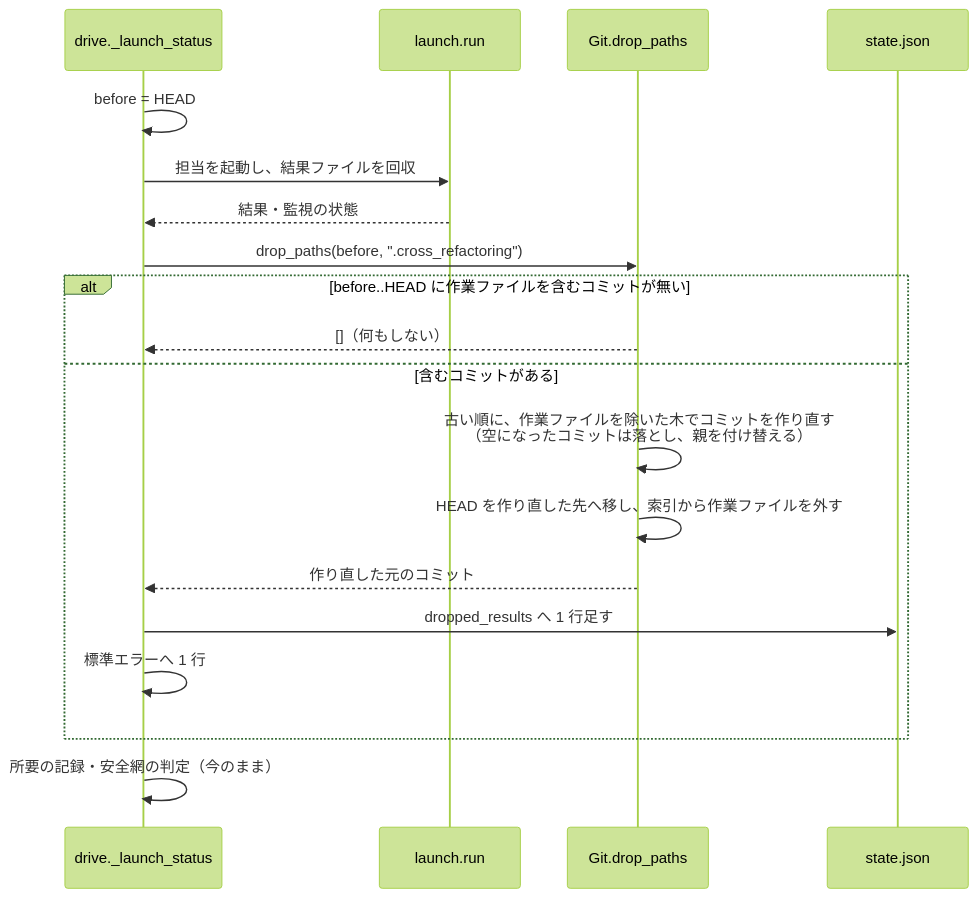
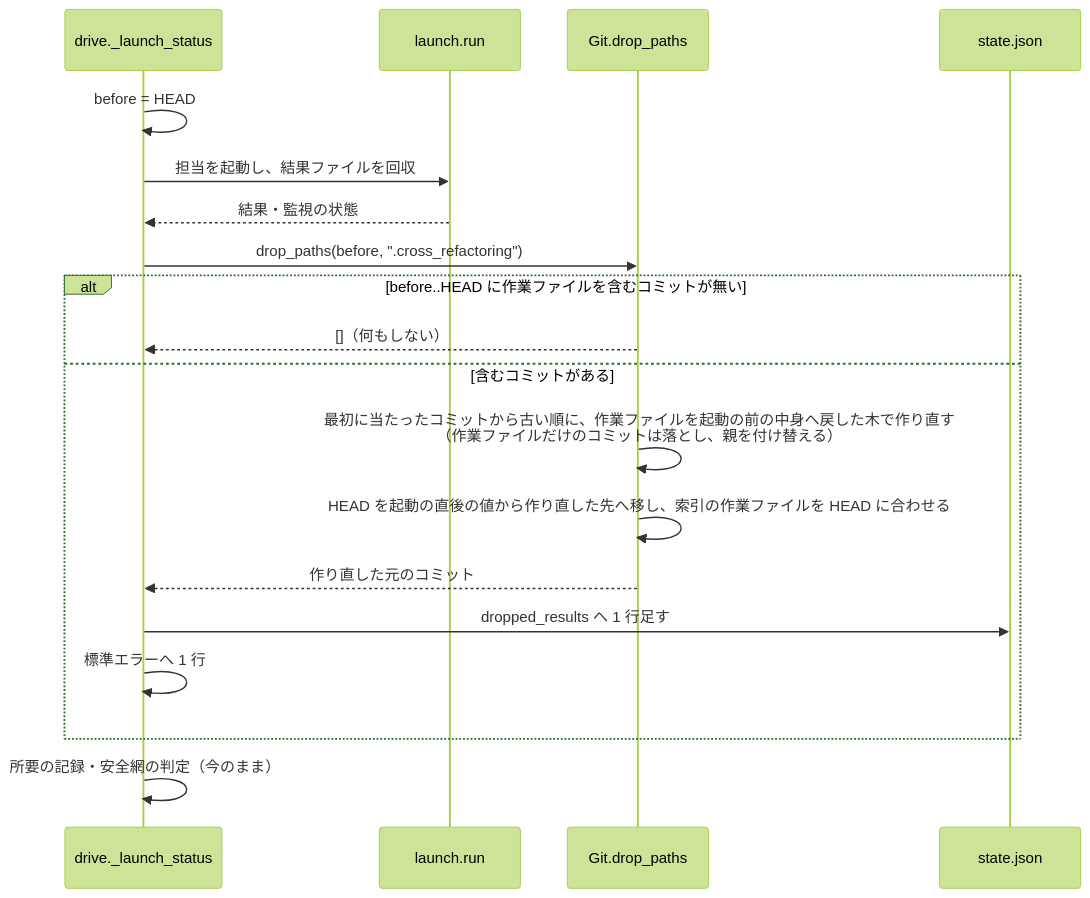
One commit to devbasex/ai-plugins changed the fourth of 4 diagrams in issues/issue-3500-design.md. Above: the diagram before and after it, drawn with Mermaid (forest theme). The commit also changed other lines of this file and 1 other file, not shown here.

````diff
--- a/issues/issue-3500-design.md
+++ b/issues/issue-3500-design.md
@@ -74,21 +82,21 @@
 ```mermaid
 sequenceDiagram
   participant D as drive._launch_status
   participant L as launch.run
   participant G as Git.drop_paths
   participant S as state.json
   D->>D: before = HEAD
   D->>L: 担当を起動し、結果ファイルを回収
   L-->>D: 結果・監視の状態
   D->>G: drop_paths(before, ".cross_refactoring")
   alt before..HEAD に作業ファイルを含むコミットが無い
     G-->>D: []（何もしない）
   else 含むコミットがある
-    G->>G: 古い順に、作業ファイルを除いた木でコミットを作り直す<br/>（空になったコミットは落とし、親を付け替える）
-    G->>G: HEAD を作り直した先へ移し、索引から作業ファイルを外す
+    G->>G: 最初に当たったコミットから古い順に、作業ファイルを起動の前の中身へ戻した木で作り直す<br/>（作業ファイルだけのコミットは落とし、親を付け替える）
+    G->>G: HEAD を起動の直後の値から作り直した先へ移し、索引の作業ファイルを HEAD に合わせる
     G-->>D: 作り直した元のコミット
     D->>S: dropped_results へ 1 行足す
     D->>D: 標準エラーへ 1 行
   end
   D->>D: 所要の記録・安全網の判定（今のまま）
 ```
````
